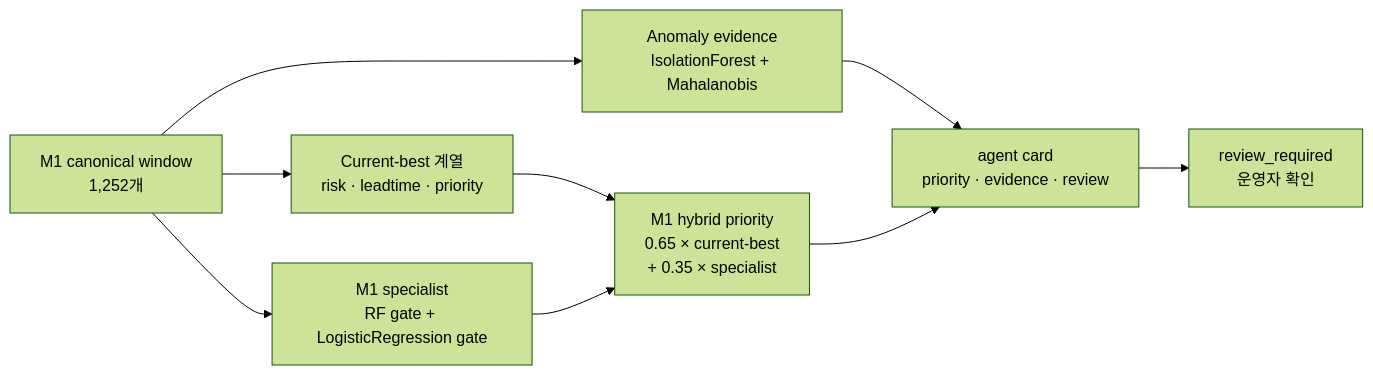
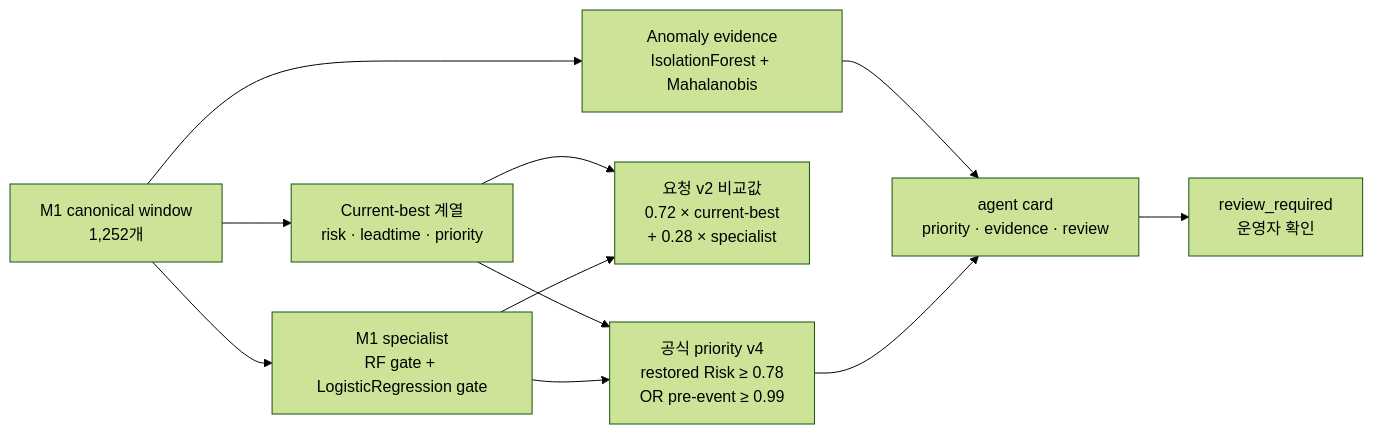
The second of 3 diagrams in README.md (jiyang-lee/Heat_Grid_Agent), drawn with Mermaid (forest theme) before and after one commit. The commit also changed other lines of this file and 141 other files, not shown here.

````diff
--- a/README.md
+++ b/README.md
@@ -43,11 +43,13 @@
 ```mermaid
 flowchart LR
     Window["M1 canonical window<br/>1,252개"] --> Anomaly["Anomaly evidence<br/>IsolationForest + Mahalanobis"]
     Window --> Current["Current-best 계열<br/>risk · leadtime · priority"]
     Window --> Specialist["M1 specialist<br/>RF gate + LogisticRegression gate"]
-    Current --> Hybrid["M1 hybrid priority<br/>0.65 × current-best<br/>+ 0.35 × specialist"]
+    Current --> Hybrid["요청 v2 비교값<br/>0.72 × current-best<br/>+ 0.28 × specialist"]
     Specialist --> Hybrid
+    Current --> Evidence["공식 priority v4<br/>restored Risk ≥ 0.78<br/>OR pre-event ≥ 0.99"]
+    Specialist --> Evidence
     Anomaly --> Card["agent card<br/>priority · evidence · review"]
-    Hybrid --> Card
+    Evidence --> Card
     Card --> Review["review_required<br/>운영자 확인"]
 ```
````
